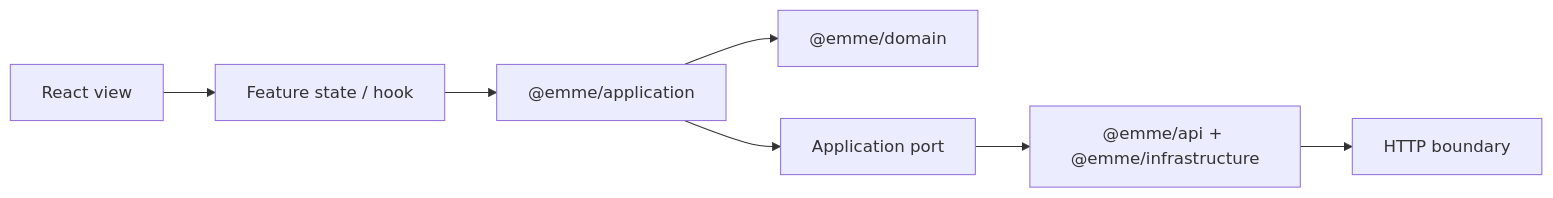
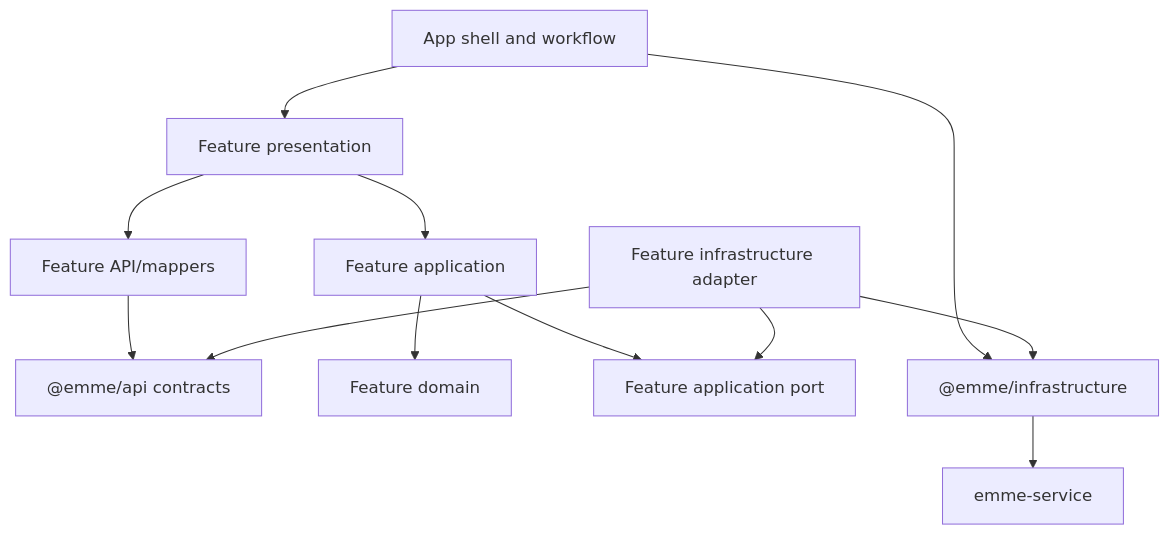
One commit to migangdelzar/emme-web changed the second of 2 diagrams in docs/architecture/00-project/architecture-model.md. Above: the diagram before and after it, drawn with Mermaid. The commit also changed other lines of this file and 35 other files, not shown here.

Commit message:
docs(architecture): restore canonical handbook detail

````diff
--- a/docs/architecture/00-project/architecture-model.md
+++ b/docs/architecture/00-project/architecture-model.md
@@ -33,9 +28,14 @@
 ```mermaid
-flowchart LR
-    View["React view"] --> FeatureState["Feature state / hook"]
-    FeatureState --> Application["@emme/application"]
-    Application --> Domain["@emme/domain"]
-    Application --> Port["Application port"]
-    Port --> Adapter["@emme/api + @emme/infrastructure"]
-    Adapter --> HTTP["HTTP boundary"]
+flowchart TB
+    Shell["App shell and workflow"] --> Presentation["Feature presentation"]
+    Presentation --> FeatureAPI["Feature API/mappers"]
+    Presentation --> Application["Feature application"]
+    FeatureAPI --> Api["@emme/api contracts"]
+    Application --> Domain["Feature domain"]
+    Application --> Port["Feature application port"]
+    FeatureInfrastructure["Feature infrastructure adapter"] --> Port
+    FeatureInfrastructure --> Api
+    Shell --> GlobalInfrastructure["@emme/infrastructure"]
+    GlobalInfrastructure --> Service["emme-service"]
+    FeatureInfrastructure --> GlobalInfrastructure
 ```
````
